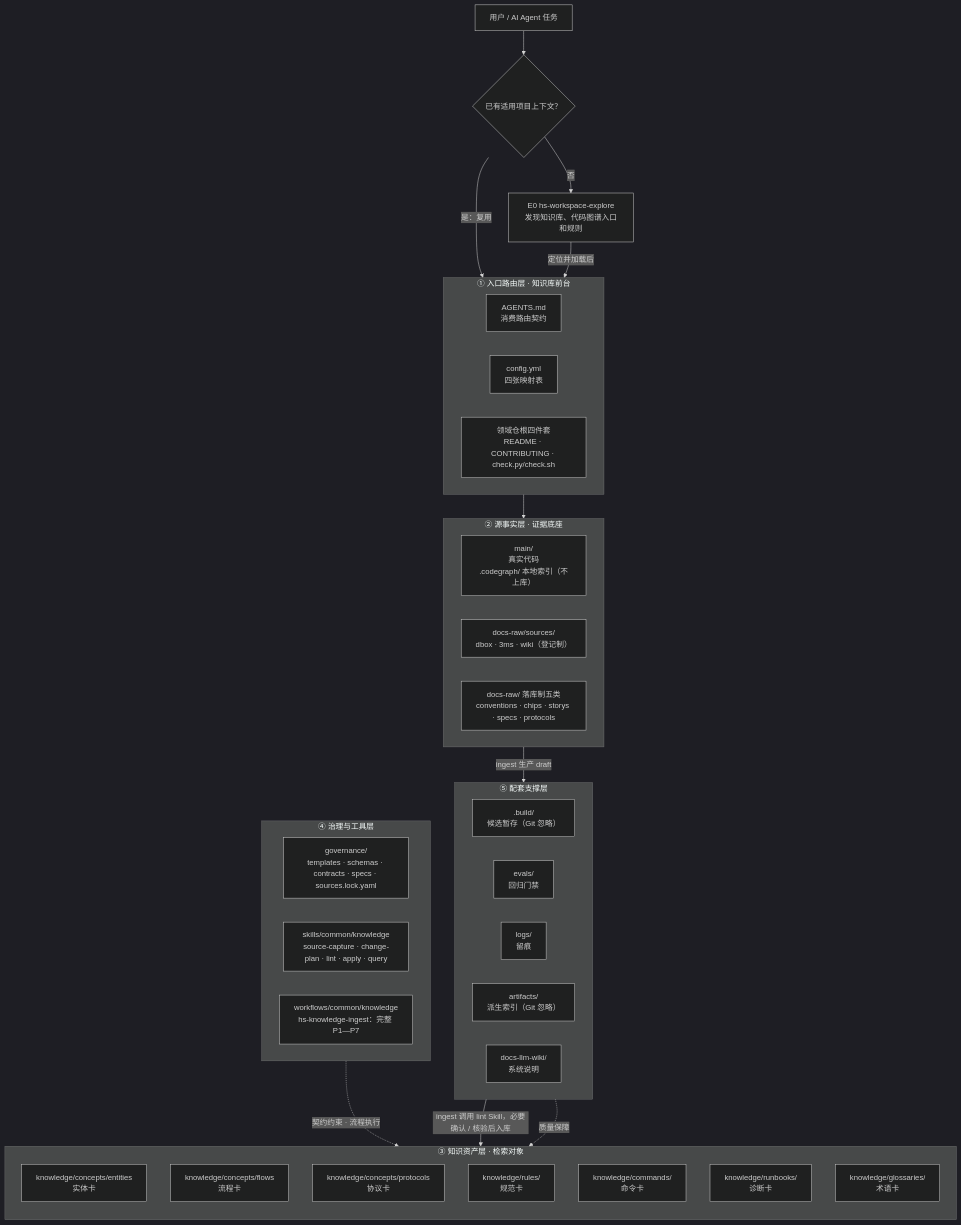
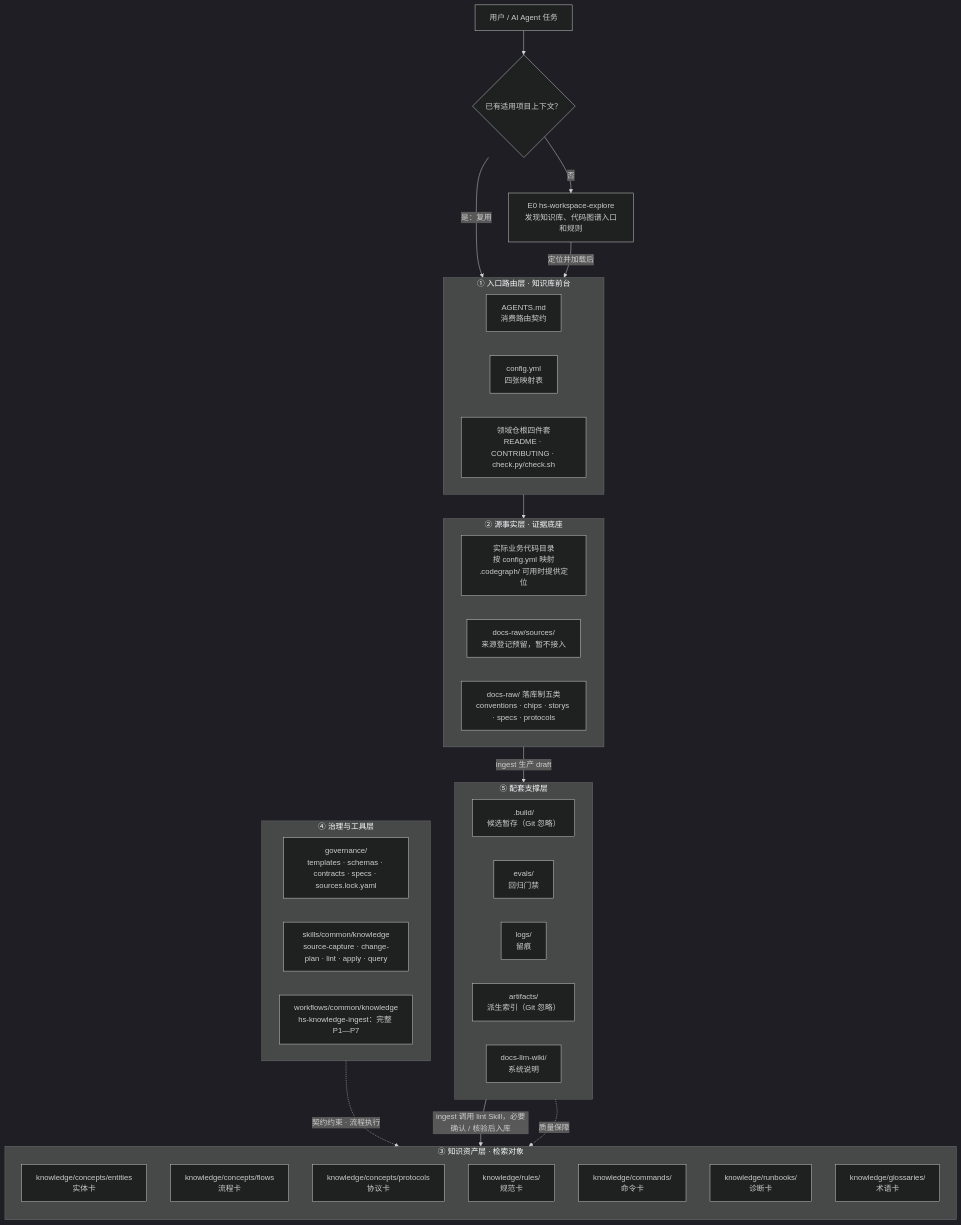
One commit to Robin-hhc/FactumCore changed the first of 7 diagrams in aiotbot-knowledge-wifi-mp/docs-llm-wiki/AIoTBot知识库架构设计.md. Above: the diagram before and after it, drawn with Mermaid (dark theme). The commit also changed other lines of this file and 6 other files, not shown here.

Commit message:
docs: align architecture and task entry after capability move

````diff
--- a/aiotbot-knowledge-wifi-mp/docs-llm-wiki/AIoTBot知识库架构设计.md
+++ b/aiotbot-knowledge-wifi-mp/docs-llm-wiki/AIoTBot知识库架构设计.md
@@ -125,57 +125,57 @@
 ```mermaid
 flowchart TB
     U["用户 / AI Agent 任务"]
     C0{"已有适用项目上下文？"}
     E0["E0 hs-workspace-explore<br />发现知识库、代码图谱入口和规则"]
 
     subgraph S1["① 入口路由层 · 知识库前台"]
         direction LR
         A2["AGENTS.md<br />消费路由契约"]
         A3["config.yml<br />四张映射表"]
         A4["领域仓根四件套<br />README · CONTRIBUTING · check.py/check.sh"]
     end
 
     subgraph S2["② 源事实层 · 证据底座"]
         direction LR
-        B1["main/<br />真实代码<br />.codegraph/ 本地索引（不上库）"]
-        B2["docs-raw/sources/<br />dbox · 3ms · wiki（登记制）"]
+        B1["实际业务代码目录<br />按 config.yml 映射<br />.codegraph/ 可用时提供定位"]
+        B2["docs-raw/sources/<br />来源登记预留，暂不接入"]
         B3["docs-raw/ 落库制五类<br />conventions · chips · storys · specs · protocols"]
     end
 
     subgraph S3["③ 知识资产层 · 检索对象"]
         direction TB
         C1["knowledge/concepts/entities<br />实体卡"]
         C2["knowledge/concepts/flows<br />流程卡"]
         C3["knowledge/concepts/protocols<br />协议卡"]
         C4["knowledge/rules/<br />规范卡"]
         C5["knowledge/commands/<br />命令卡"]
         C6["knowledge/runbooks/<br />诊断卡"]
         C7["knowledge/glossaries/<br />术语卡"]
     end
 
     subgraph S4["④ 治理与工具层"]
         direction LR
         D1["governance/<br />templates · schemas · contracts · specs · sources.lock.yaml"]
         D2["skills/common/knowledge<br />source-capture · change-plan · lint · apply · query"]
         D3["workflows/common/knowledge<br />hs-knowledge-ingest：完整 P1—P7"]
     end
 
     subgraph S5["⑤ 配套支撑层"]
         direction LR
         E1[".build/<br />候选暂存（Git 忽略）"]
         E2["evals/<br />回归门禁"]
         E3["logs/<br />留痕"]
         E4["artifacts/<br />派生索引（Git 忽略）"]
         E5["docs-llm-wiki/<br />系统说明"]
     end
 
     U --> C0
     C0 -->|"是：复用"| S1
     C0 -->|"否"| E0
     E0 -->|"定位并加载后"| S1
     S1 --> S2
     S2 -->|"ingest 生产 draft"| E1
     E1 -->|"ingest 调用 lint Skill，必要确认 / 核验后入库"| S3
     S4 -.->|"契约约束 · 流程执行"| S3
     S5 -.->|"质量保障"| S3
 ```
````
